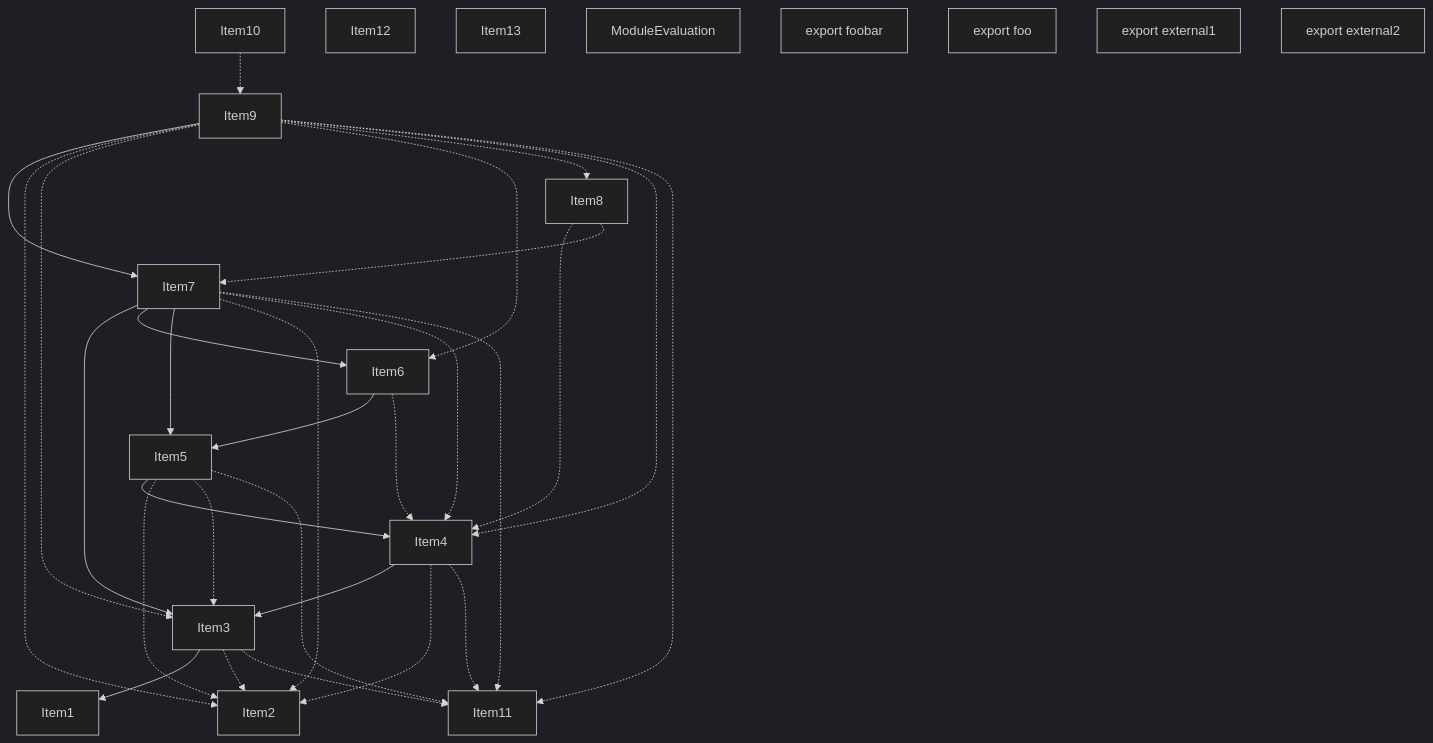
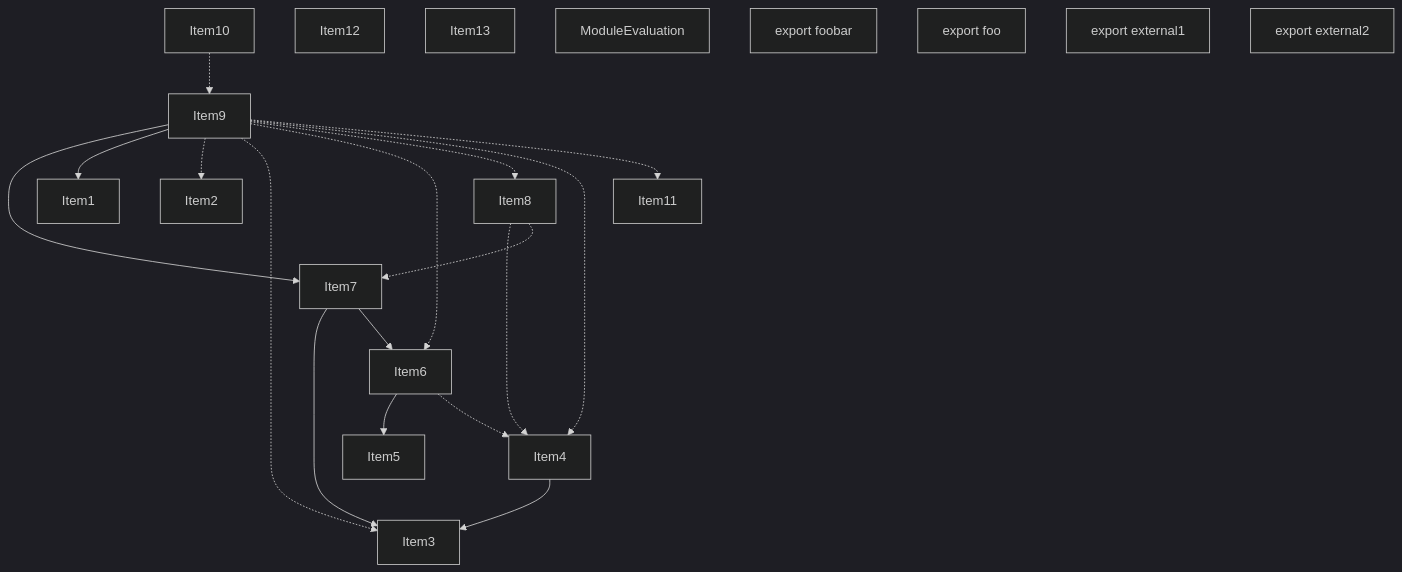
One commit to vercel/turborepo changed the second of 4 diagrams in crates/turbopack-ecmascript/tests/tree-shaker/analyzer/1/output.md. Above: the diagram before and after it, drawn with Mermaid (dark theme). The commit also changed other lines of this file and 3 other files, not shown here.

````diff
--- a/crates/turbopack-ecmascript/tests/tree-shaker/analyzer/1/output.md
+++ b/crates/turbopack-ecmascript/tests/tree-shaker/analyzer/1/output.md
@@ -166,54 +162,42 @@
 ```mermaid
 graph TD
     Item1;
     Item2;
     Item3;
     Item4;
     Item5;
     Item6;
     Item7;
     Item8;
     Item9;
     Item10;
     Item11;
     Item12;
     Item13;
     Item14;
     Item14["ModuleEvaluation"];
     Item15;
     Item15["export foobar"];
     Item16;
     Item16["export foo"];
     Item17;
     Item17["export external1"];
     Item18;
     Item18["export external2"];
-    Item3 --> Item1;
-    Item3 -.-> Item2;
-    Item3 -.-> Item11;
     Item4 --> Item3;
-    Item4 -.-> Item2;
-    Item4 -.-> Item11;
-    Item5 --> Item4;
-    Item5 -.-> Item2;
-    Item5 -.-> Item3;
-    Item5 -.-> Item11;
     Item6 --> Item5;
     Item6 -.-> Item4;
     Item7 --> Item3;
     Item7 --> Item6;
-    Item7 --> Item5;
-    Item7 -.-> Item2;
-    Item7 -.-> Item4;
-    Item7 -.-> Item11;
     Item8 -.-> Item4;
     Item8 -.-> Item7;
     Item9 --> Item7;
+    Item9 --> Item1;
     Item9 -.-> Item2;
     Item9 -.-> Item3;
     Item9 -.-> Item6;
     Item9 -.-> Item8;
     Item9 -.-> Item4;
     Item9 -.-> Item11;
     Item10 -.-> Item9;
 ```
````
